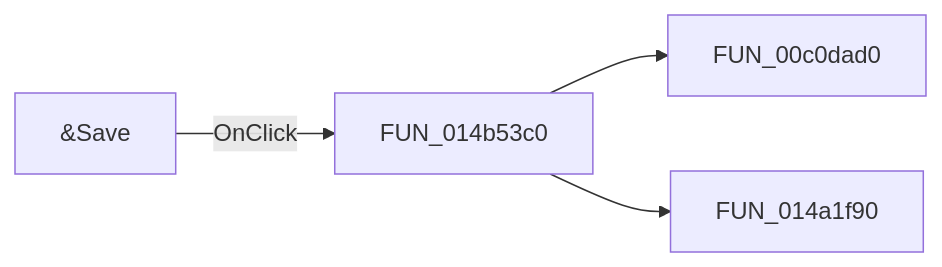
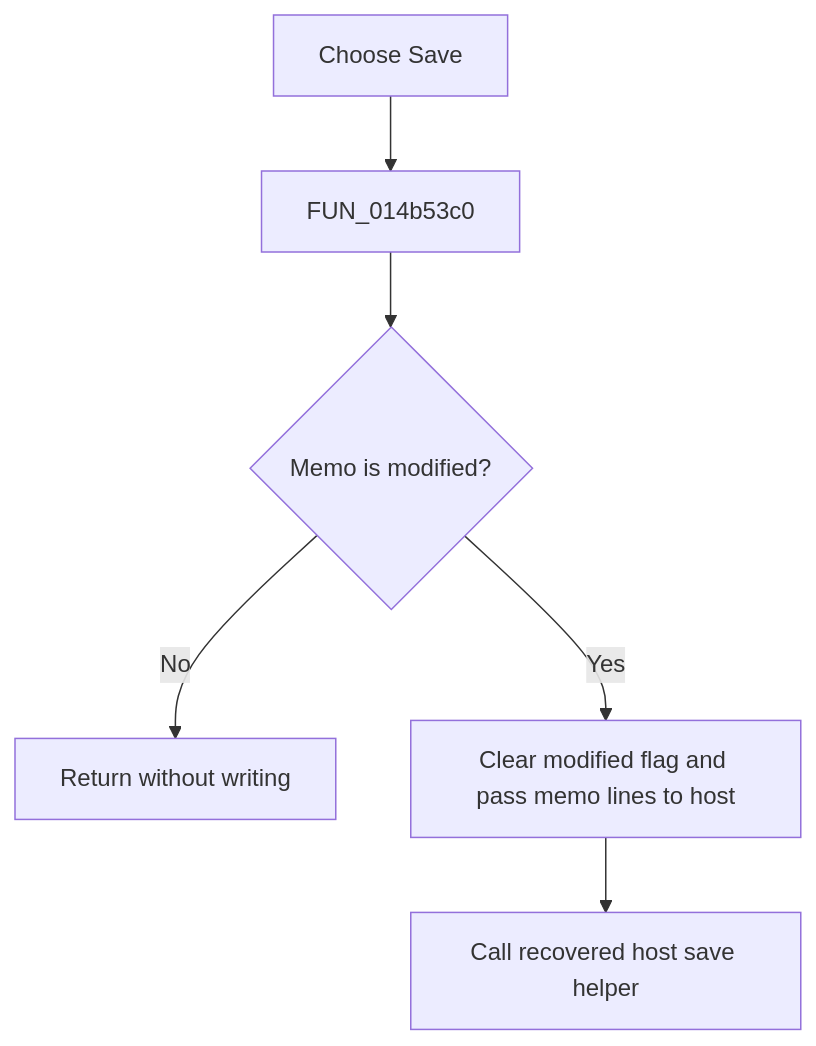
Before and after one commit to MovGP0/TIARA: the diagram in docs/ui-controls/netlistviewer/misave-4e3ce6eda9.md, drawn with Mermaid. The commit also changed other lines of this file and 1062 other files, not shown here.

````diff
--- a/docs/ui-controls/netlistviewer/misave-4e3ce6eda9.md
+++ b/docs/ui-controls/netlistviewer/misave-4e3ce6eda9.md
@@ -27,6 +27,8 @@
 ```mermaid
-flowchart LR
-    control["&Save"] -->|OnClick| handler["FUN_014b53c0"]
-    handler --> call1["FUN_00c0dad0"]
-    handler --> call2["FUN_014a1f90"]
+flowchart TD
+    control["Choose Save"] --> handler["FUN_014b53c0"]
+    handler --> modified{"Memo is modified?"}
+    modified -->|No| noop["Return without writing"]
+    modified -->|Yes| stage["Clear modified flag and pass memo lines to host"]
+    stage --> save["Call recovered host save helper"]
 ```
````
